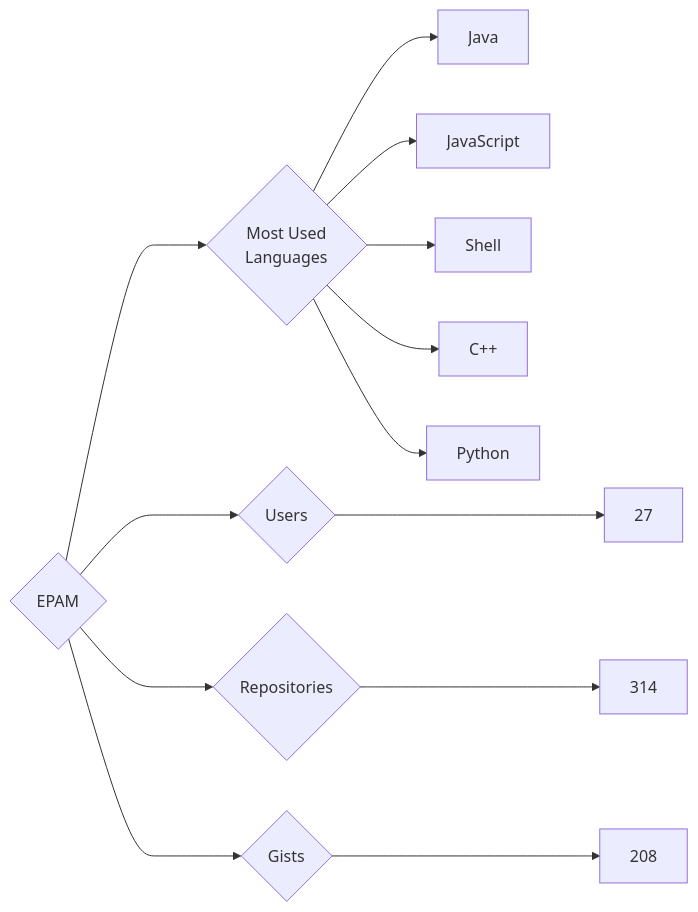
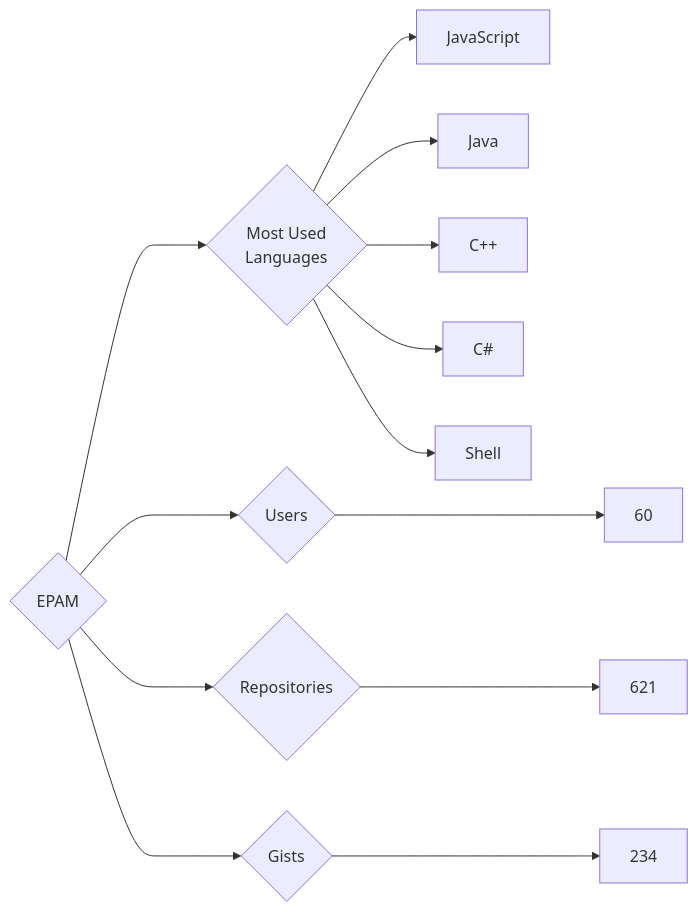
Before and after one commit to trickest/insiders: the diagram in targets/EPAM/README.md, drawn with Mermaid. The commit also changed 636 other files, not shown here.

````diff
--- a/targets/EPAM/README.md
+++ b/targets/EPAM/README.md
@@ -3,13 +3,13 @@
 ```mermaid
 graph LR
 COMPANY_NAME{EPAM}
-COMPANY_NAME ---> U{Users} ---> UN[27]
-COMPANY_NAME ---> R{Repositories} ---> RN[314]
-COMPANY_NAME ---> G{Gists} ---> GN[208]
+COMPANY_NAME ---> U{Users} ---> UN[60]
+COMPANY_NAME ---> R{Repositories} ---> RN[621]
+COMPANY_NAME ---> G{Gists} ---> GN[234]
 COMPANY_NAME ---> ML{Most Used<br>Languages}
+ML --> JavaScript[JavaScript]
 ML --> Java[Java]
-ML --> JavaScript[JavaScript]
+ML --> C++[C++]
+ML --> C#[C#]
 ML --> Shell[Shell]
-ML --> C++[C++]
-ML --> Python[Python]
 ```
````
